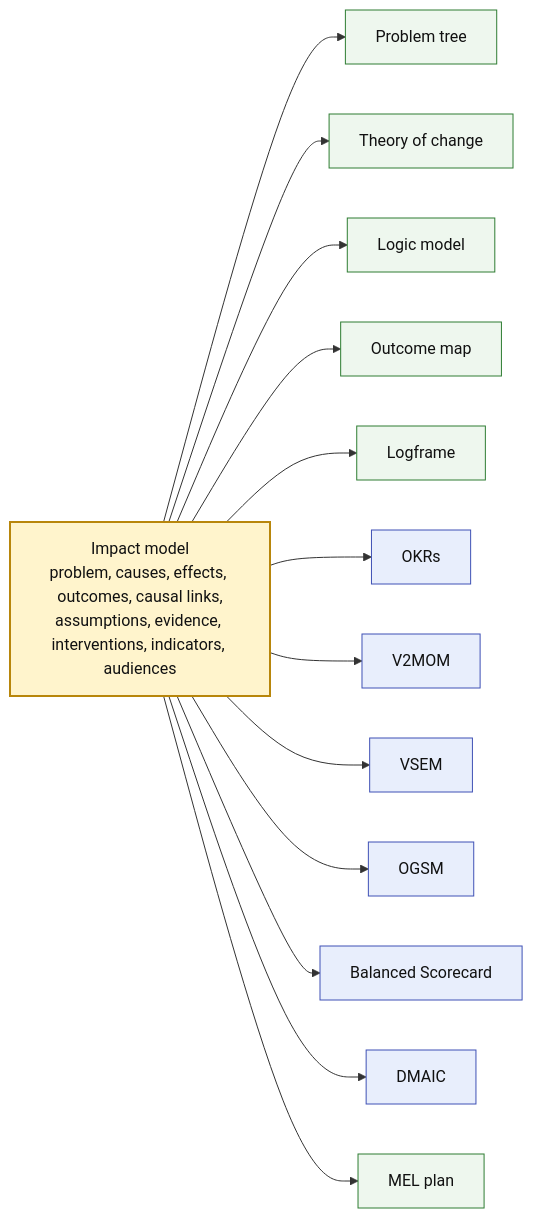
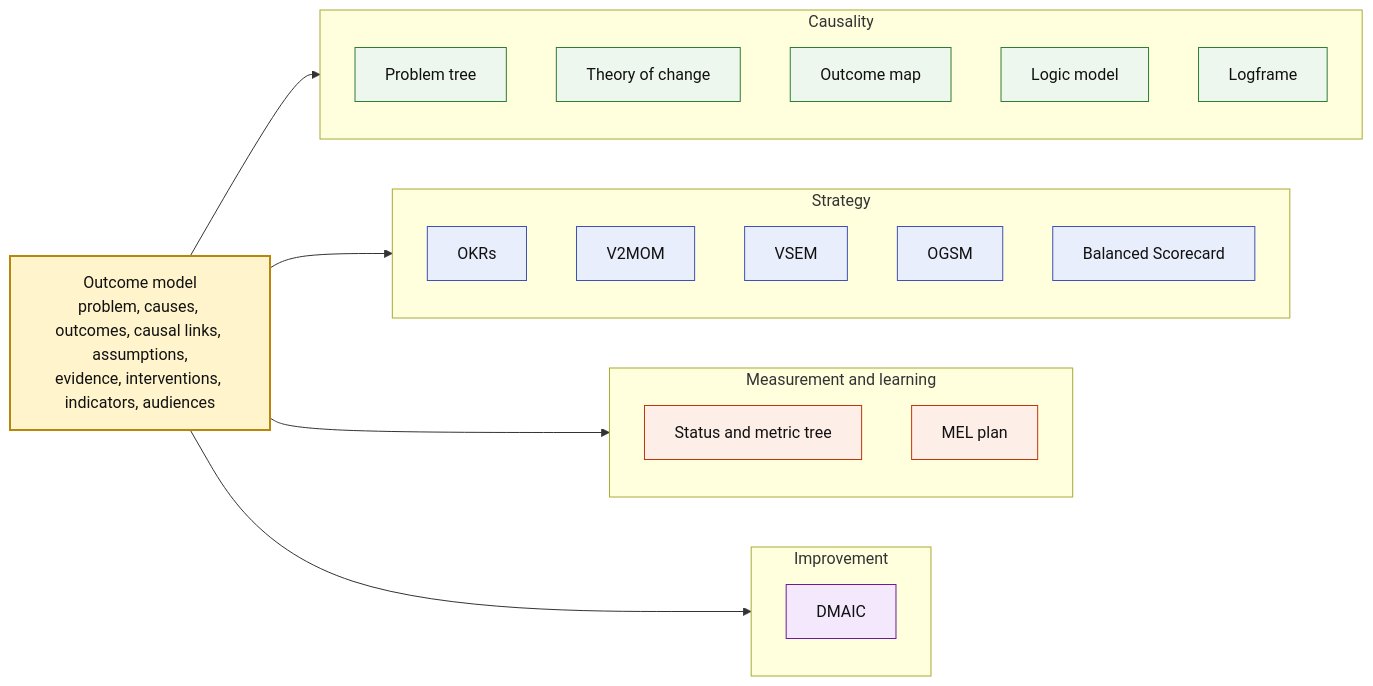
One commit to ProductBuildersHQ/impact-model changed the first of 4 diagrams in docs/index.md. Above: the diagram before and after it, drawn with Mermaid. The commit also changed other lines of this file and 33 other files, not shown here.

First line of the commit message:
docs: present the outcome model and its four views

````diff
--- a/docs/index.md
+++ b/docs/index.md
@@ -19,20 +32,37 @@
 ```mermaid
 flowchart LR
   classDef model fill:#fff4cc,stroke:#b8860b,stroke-width:2px,color:#111
-  classDef method fill:#eef7ee,stroke:#2e7d32,color:#111
+  classDef causal fill:#eef7ee,stroke:#2e7d32,color:#111
   classDef strategy fill:#e8eefc,stroke:#3f51b5,color:#111
+  classDef measure fill:#fdeee8,stroke:#bf360c,color:#111
+  classDef improve fill:#f3e8fc,stroke:#6a1b9a,color:#111
 
-  im["Impact model<br/>problem, causes, effects, outcomes, causal links,<br/>assumptions, evidence, interventions, indicators, audiences"]:::model
-  im --> pt["Problem tree"]:::method
-  im --> toc["Theory of change"]:::method
-  im --> lm["Logic model"]:::method
-  im --> om["Outcome map"]:::method
-  im --> lf["Logframe"]:::method
-  im --> okr["OKRs"]:::strategy
-  im --> v2["V2MOM"]:::strategy
-  im --> vs["VSEM"]:::strategy
-  im --> og["OGSM"]:::strategy
-  im --> bs["Balanced Scorecard"]:::strategy
-  im --> dm["DMAIC"]:::strategy
-  im --> ml["MEL plan"]:::method
+  om["Outcome model<br/>problem, causes, outcomes, causal links, assumptions,<br/>evidence, interventions, indicators, audiences"]:::model
+
+  subgraph causality["Causality"]
+    pt["Problem tree"]:::causal
+    toc["Theory of change"]:::causal
+    omap["Outcome map"]:::causal
+    lm["Logic model"]:::causal
+    lf["Logframe"]:::causal
+  end
+  subgraph strategy["Strategy"]
+    okr["OKRs"]:::strategy
+    v2["V2MOM"]:::strategy
+    vs["VSEM"]:::strategy
+    og["OGSM"]:::strategy
+    bs["Balanced Scorecard"]:::strategy
+  end
+  subgraph measurement["Measurement and learning"]
+    st["Status and metric tree"]:::measure
+    ml["MEL plan"]:::measure
+  end
+  subgraph improvement["Improvement"]
+    dm["DMAIC"]:::improve
+  end
+
+  om --> causality
+  om --> strategy
+  om --> measurement
+  om --> improvement
 ```
````
